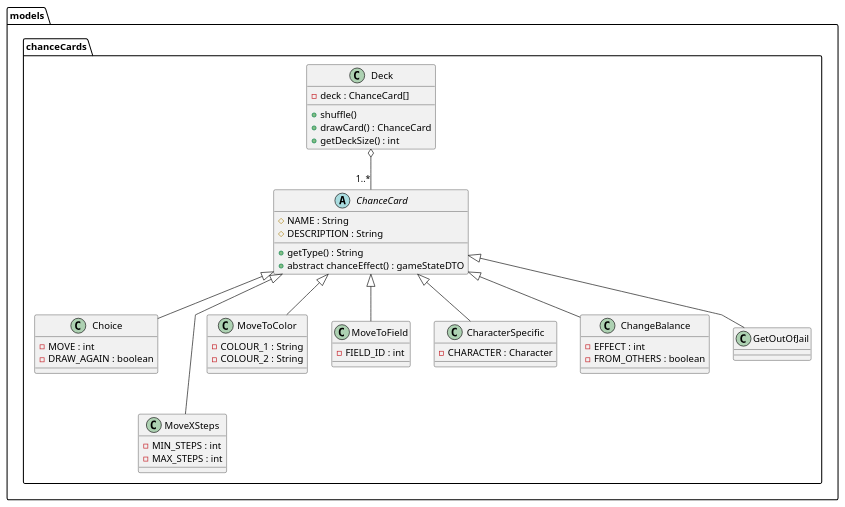
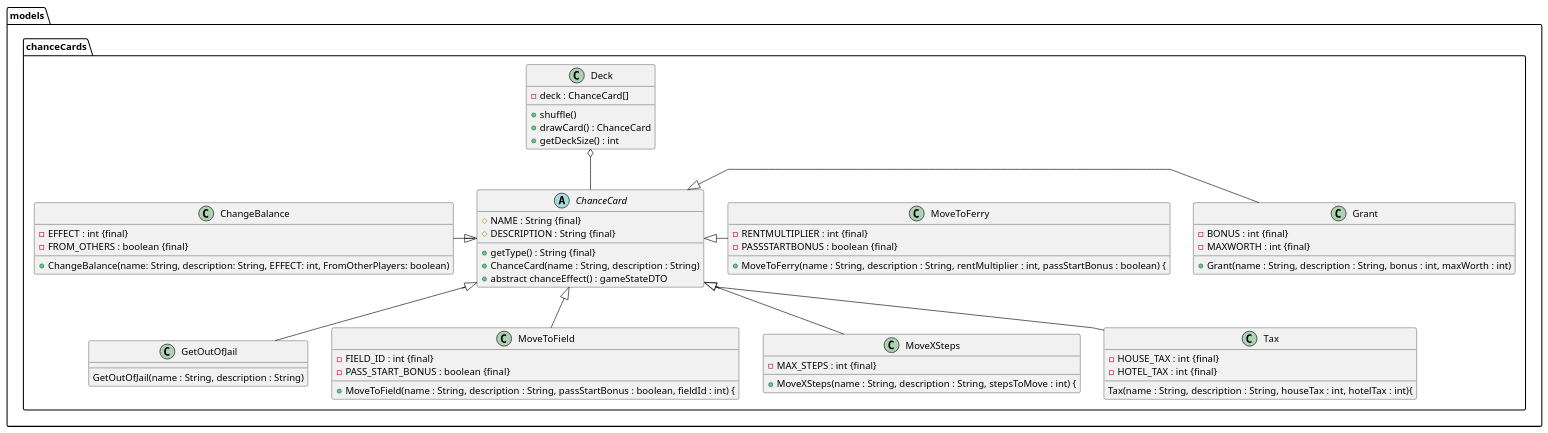
Before and after one commit to Gruppe-10-DTU/CDIO-FINAL: the diagram in src/main/resources/Diagrams/ChanceCardPackage.puml, drawn with PlantUML.

Commit message:
Added missing cards

```diff
--- a/src/main/resources/Diagrams/ChanceCardPackage.puml
+++ b/src/main/resources/Diagrams/ChanceCardPackage.puml
@@ -1,62 +1,64 @@
 @startuml
 'https://plantuml.com/class-diagram
 skinparam linetype polyline
 
 
 package models.chanceCards{
 class Deck{
  - deck : ChanceCard[]
  + shuffle()
  + drawCard() : ChanceCard
  + getDeckSize() : int
 }
 
 abstract ChanceCard{
- # NAME : String
- # DESCRIPTION : String
- + getType() : String
+ # NAME : String {final}
+ # DESCRIPTION : String {final}
+ + getType() : String {final}
+ + ChanceCard(name : String, description : String)
  + abstract chanceEffect() : gameStateDTO
 }
-
-class Choice {
- - MOVE : int
- - DRAW_AGAIN : boolean
+class ChangeBalance {
+ - EFFECT : int {final}
+ - FROM_OTHERS : boolean {final}
+ + ChangeBalance(name: String, description: String, EFFECT: int, FromOtherPlayers: boolean)
 }
-
-class MoveXSteps {
- - MIN_STEPS : int
- - MAX_STEPS : int
+class GetOutOfJail {
+    GetOutOfJail(name : String, description : String)
 }
-class MoveToColor {
- - COLOUR_1 : String
- - COLOUR_2 : String
+class Grant {
+ - BONUS : int {final}
+ - MAXWORTH : int {final}
+ + Grant(name : String, description : String, bonus : int, maxWorth : int)
+}
+class MoveToFerry {
+ - RENTMULTIPLIER : int {final}
+ - PASSSTARTBONUS : boolean {final}
+ + MoveToFerry(name : String, description : String, rentMultiplier : int, passStartBonus : boolean) {
 }
 
 class MoveToField {
- - FIELD_ID : int
+ - FIELD_ID : int {final}
+ - PASS_START_BONUS : boolean {final}
+ + MoveToField(name : String, description : String, passStartBonus : boolean, fieldId : int) {
 }
+class MoveXSteps {
+ - MAX_STEPS : int {final}
+ + MoveXSteps(name : String, description : String, stepsToMove : int) {
+}
+class Tax {
+ - HOUSE_TAX : int {final}
+ - HOTEL_TAX : int {final}
+ Tax(name : String, description : String, houseTax : int, hotelTax : int){
+}
+Deck o-- ChanceCard
 
-class CharacterSpecific {
- - CHARACTER : Character
-}
-
-class ChangeBalance {
- - EFFECT : int
- - FROM_OTHERS : boolean
-}
-
-class GetOutOfJail {
-}
-}
-
-Deck o-- "1..*"ChanceCard
-
-ChanceCard <|-- Choice
-ChanceCard <|--- MoveXSteps
-ChanceCard <|-- MoveToColor
+ChanceCard <|-left- ChangeBalance
+ChanceCard <|-right- Grant
+ChanceCard <|-- Tax
+ChanceCard <|-- MoveXSteps
+ChanceCard <|-right- MoveToFerry
+ChanceCard <|-- GetOutOfJail
 ChanceCard <|-- MoveToField
-ChanceCard <|-- CharacterSpecific
-ChanceCard <|-- ChangeBalance
-ChanceCard <|-- GetOutOfJail
 
 @enduml
```
